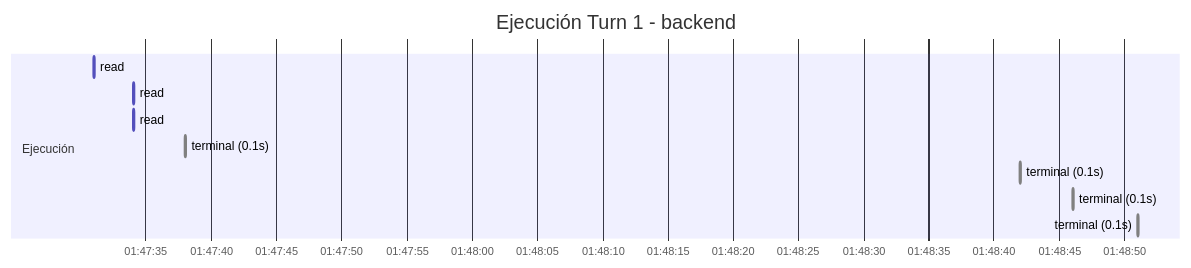
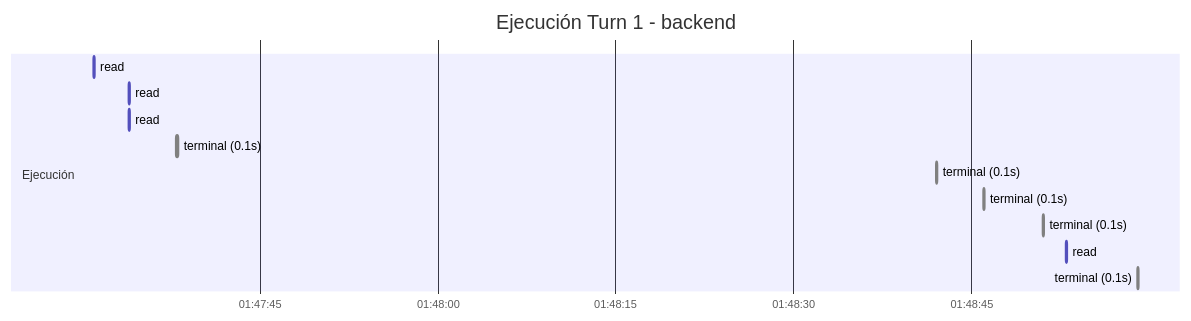
One commit to luisdalmasso/orquestador-contamela changed the diagram in .ponytail/traces/2026-07-09_auto_recovered_ae71575df28f/backend_ae71575df28f.md. Above: the diagram before and after it, drawn with Mermaid. The commit also changed other lines of this file, not shown here.

````diff
--- a/.ponytail/traces/2026-07-09_auto_recovered_ae71575df28f/backend_ae71575df28f.md
+++ b/.ponytail/traces/2026-07-09_auto_recovered_ae71575df28f/backend_ae71575df28f.md
@@ -151,15 +151,17 @@
 ```mermaid
 gantt
     title Ejecución Turn 1 - backend
     dateFormat  HH:mm:ss
     axisFormat  %H:%M:%S
 
     section Ejecución
     read: (0.1s)  :done, 01:47:31, 0.1s
     read: (0.1s)  :done, 01:47:34, 0.1s
     read: (0.1s)  :done, 01:47:34, 0.1s
     terminal (0.1s)  :done, 01:47:38, 0.1s
     terminal (0.1s)  :done, 01:48:42, 0.1s
     terminal (0.1s)  :done, 01:48:46, 0.1s
     terminal (0.1s)  :done, 01:48:51, 0.1s
+    read: (0.1s)  :done, 01:48:53, 0.1s
+    terminal (0.1s)  :done, 01:48:59, 0.1s
 ```
````
